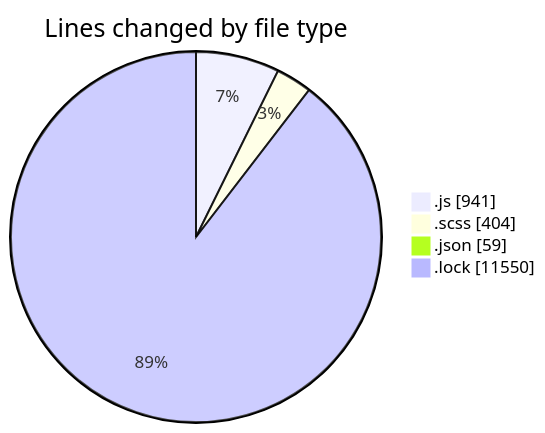
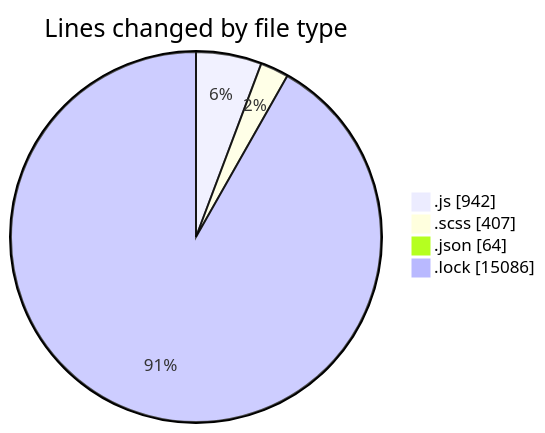
Before and after one commit to momahboobian/code-tracking: the first of 2 diagrams in 2026-01-05/cda/README.md, drawn with Mermaid. The commit also changed other lines of this file and 1 other file, not shown here.

````diff
--- a/2026-01-05/cda/README.md
+++ b/2026-01-05/cda/README.md
@@ -29,8 +29,8 @@
 ```mermaid
 pie showData
 title Lines changed by file type
-".js" : 941
-".scss" : 404
-".json" : 59
-".lock" : 11550
+".js" : 942
+".scss" : 407
+".json" : 64
+".lock" : 15086
 ```
````
